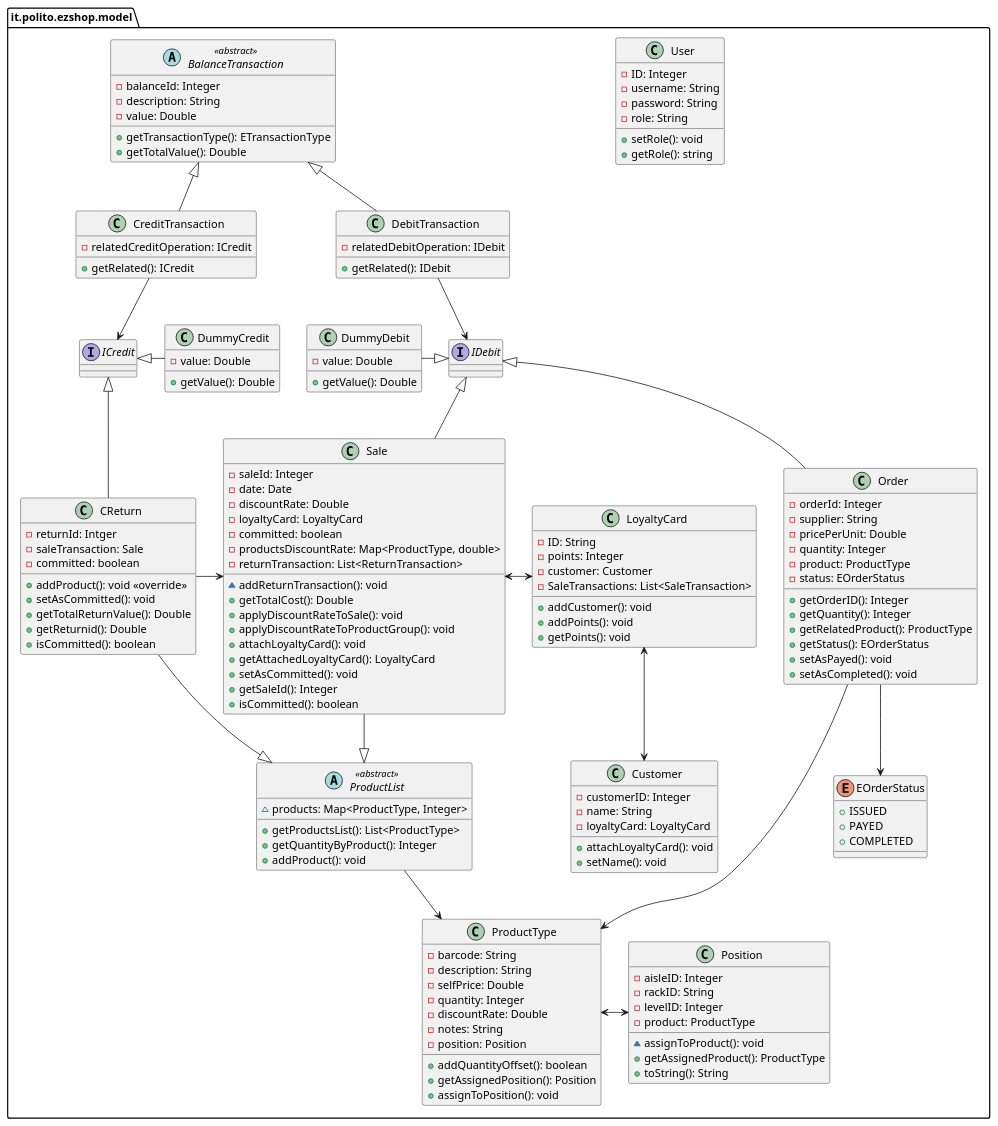
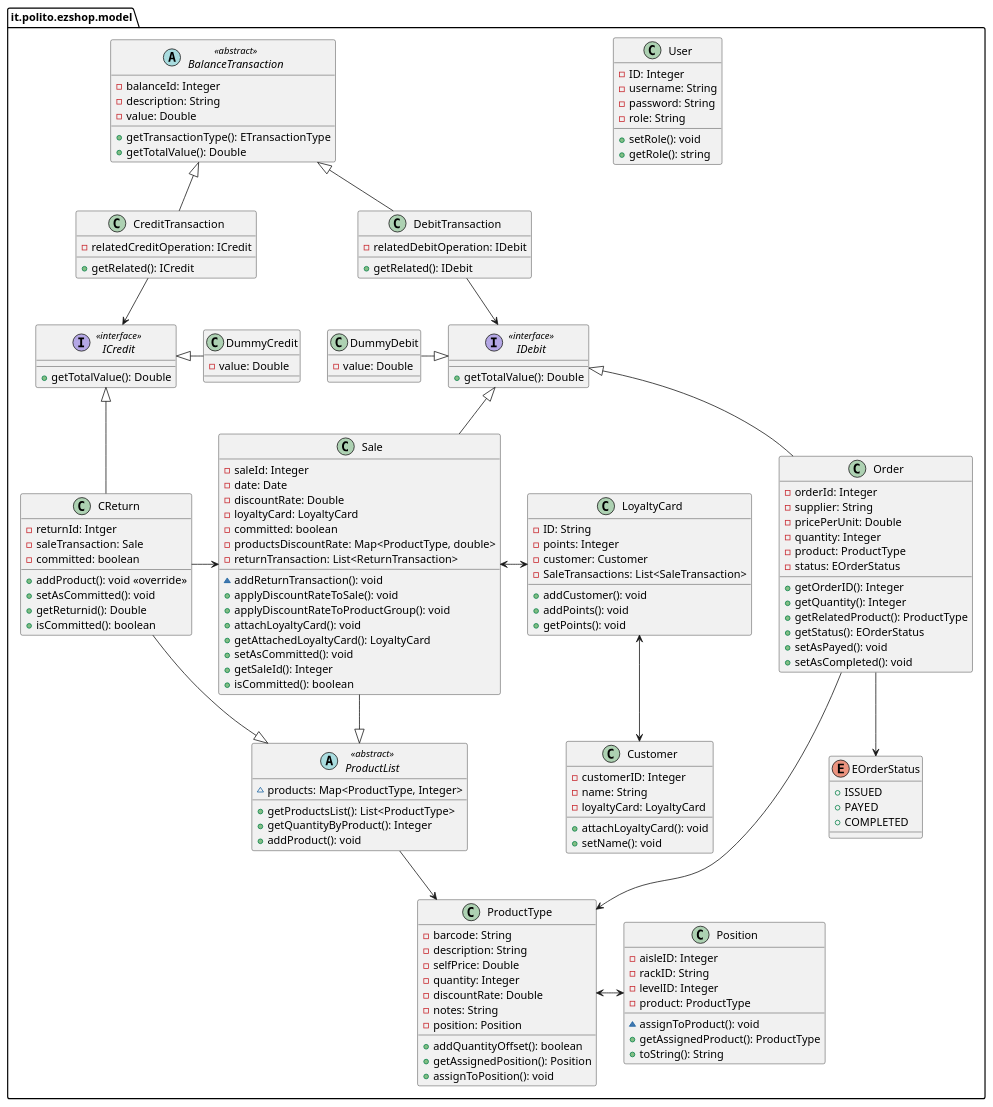
The third of 4 diagrams in Deliverables/DesignDocument.md (thegabriele97/EzShop), drawn with PlantUML before and after one commit.

Commit message:
docs: DesignDocument, updated class diagram

```diff
--- a/Deliverables/DesignDocument.md
+++ b/Deliverables/DesignDocument.md
@@ -221,7 +221,6 @@
         -productsDiscountRate: Map<ProductType, double>
         -returnTransaction: List<ReturnTransaction>
         ~addReturnTransaction(): void
-        +getTotalCost(): Double
         +applyDiscountRateToSale(): void
         +applyDiscountRateToProductGroup(): void
         +attachLoyaltyCard(): void
@@ -237,7 +236,6 @@
         -committed: boolean
         +addProduct(): void <<override>>
         +setAsCommitted(): void
-        +getTotalReturnValue(): Double
         +getReturnid(): Double
         +isCommitted(): boolean
     }
@@ -289,12 +287,12 @@
         +getPoints(): void
     }
 
-    interface ICredit {
-
+    interface ICredit <<interface>> {
+        +getTotalValue(): Double
     }
 
-    interface IDebit {
-
+    interface IDebit <<interface>> {
+        +getTotalValue(): Double
     }
 
     class CreditTransaction {
@@ -309,12 +307,10 @@
 
     class DummyCredit {
         -value: Double
-        +getValue(): Double
     }
 
     class DummyDebit {
         -value: Double
-        +getValue(): Double
     }
 
     ProductType <-right-> Position
```
